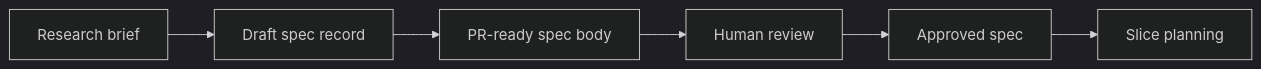
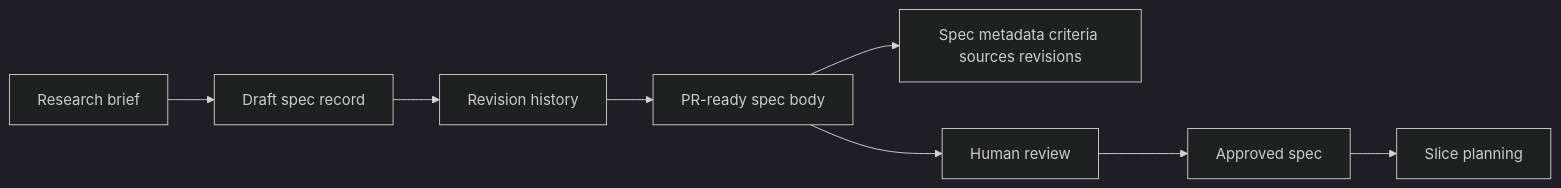
One commit to VannaDii/ironloom changed the diagram in packages/specs/README.md. Above: the diagram before and after it, drawn with Mermaid (dark theme). The commit also changed other lines of this file and 9 other files, not shown here.

Commit message:
feat: enrich spec revision rendering

````diff
--- a/packages/specs/README.md
+++ b/packages/specs/README.md
@@ -11,8 +11,10 @@
 ```mermaid
 flowchart LR
   Research[Research brief] --> Draft[Draft spec record]
-  Draft --> Render[PR-ready spec body]
+  Draft --> Revision[Revision history]
+  Revision --> Render[PR-ready spec body]
+  Render --> Metadata[Spec metadata criteria sources revisions]
   Render --> Review[Human review]
   Review --> Approval[Approved spec]
   Approval --> Slicing[Slice planning]
 ```
````
